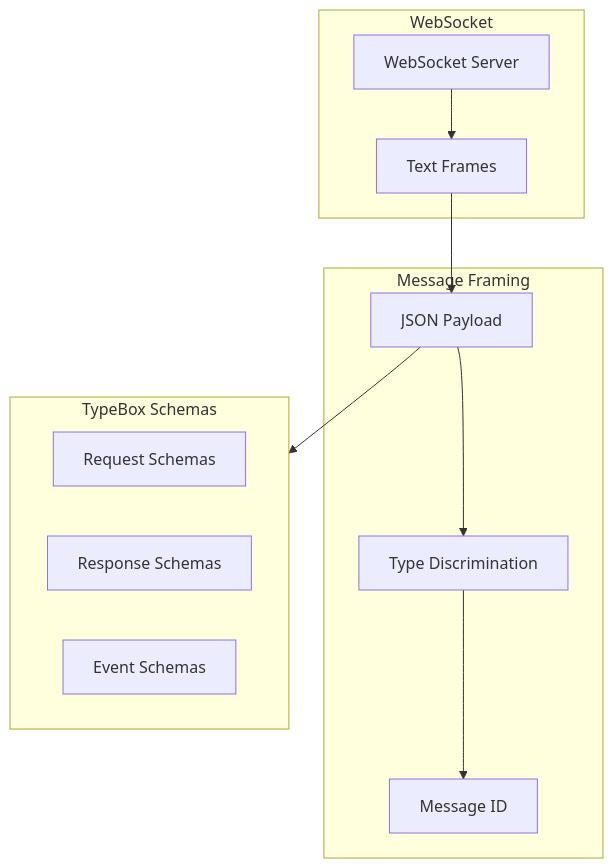
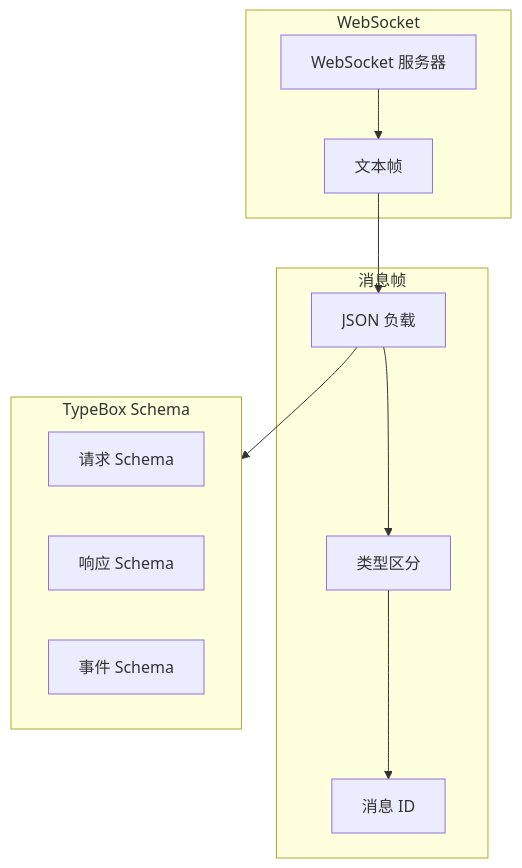
The first of 4 diagrams in docs/zh/architecture-book/part-4-gateway-protocol/01-protocol-overview.md (a576378368/openclaw_docs), drawn with Mermaid before and after one commit. The commit also changed other lines of this file and 4 other files, not shown here.

````diff
--- a/docs/zh/architecture-book/part-4-gateway-protocol/01-protocol-overview.md
+++ b/docs/zh/architecture-book/part-4-gateway-protocol/01-protocol-overview.md
@@ -27,25 +27,25 @@
 ```mermaid
 flowchart TB
     subgraph Transport["WebSocket"]
-        WSS[WebSocket Server]
-        Frames[Text Frames]
+        WSS[WebSocket 服务器]
+        Frames[文本帧]
     end
 
-    subgraph Framing["Message Framing"]
-        JSON[JSON Payload]
-        Type[Type Discrimination]
-        ID[Message ID]
+    subgraph Framing["消息帧"]
+        JSON[JSON 负载]
+        Type[类型区分]
+        ID[消息 ID]
     end
 
-    subgraph Schema["TypeBox Schemas"]
-        Requests[Request Schemas]
-        Responses[Response Schemas]
-        Events[Event Schemas]
+    subgraph Schema["TypeBox Schema"]
+        Requests[请求 Schema]
+        Responses[响应 Schema]
+        Events[事件 Schema]
     end
 
     WSS --> Frames
     Frames --> JSON
     JSON --> Type
     Type --> ID
     JSON --> Schema
 ```
````
